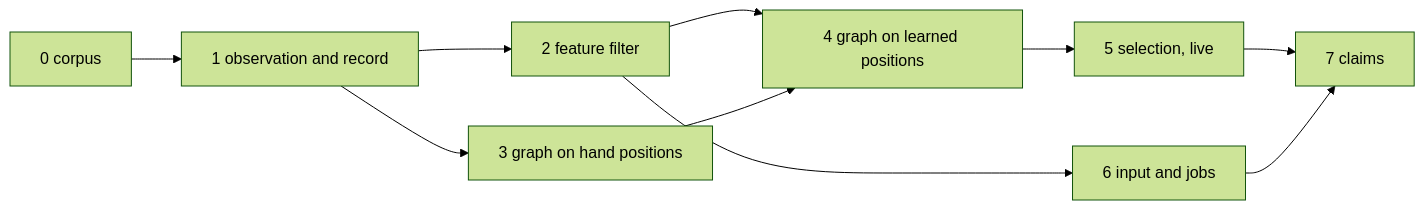
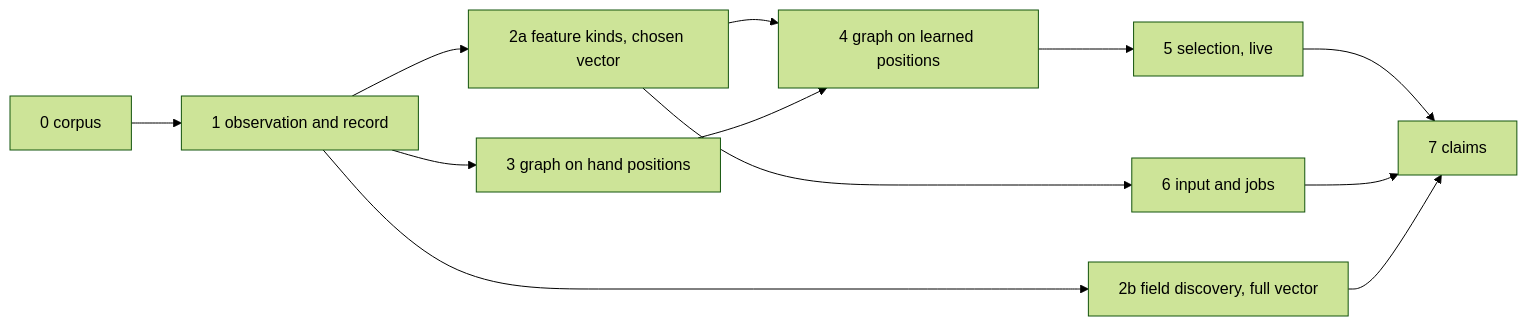
The diagram in DISSONANCE-V3-PLAN.md (pH14/harmony), drawn with Mermaid (forest theme) before and after one commit. The commit also changed other lines of this file and 1 other file, not shown here.

Commit message:
Split stage 2 into a chosen-vector pass and full-vector discovery

````diff
--- a/DISSONANCE-V3-PLAN.md
+++ b/DISSONANCE-V3-PLAN.md
@@ -234,12 +234,14 @@
 ```mermaid
 flowchart LR
     S0[0 corpus] --> S1[1 observation and record]
-    S1 --> S2[2 feature filter]
+    S1 --> S2a[2a feature kinds, chosen vector]
+    S1 --> S2b[2b field discovery, full vector]
     S1 --> S3[3 graph on hand positions]
-    S2 --> S4[4 graph on learned positions]
+    S2a --> S4[4 graph on learned positions]
     S3 --> S4
     S4 --> S5[5 selection, live]
-    S2 --> S6[6 input and jobs]
+    S2a --> S6[6 input and jobs]
     S5 --> S7[7 claims]
     S6 --> S7
+    S2b --> S7
 ```
````
